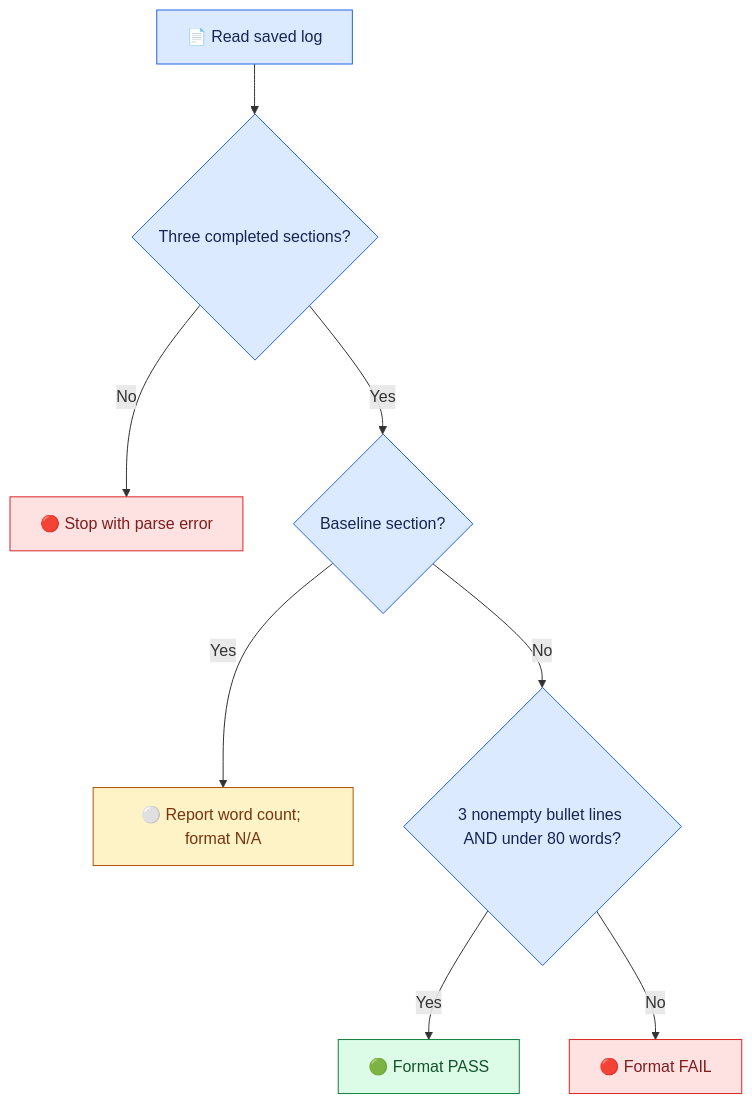
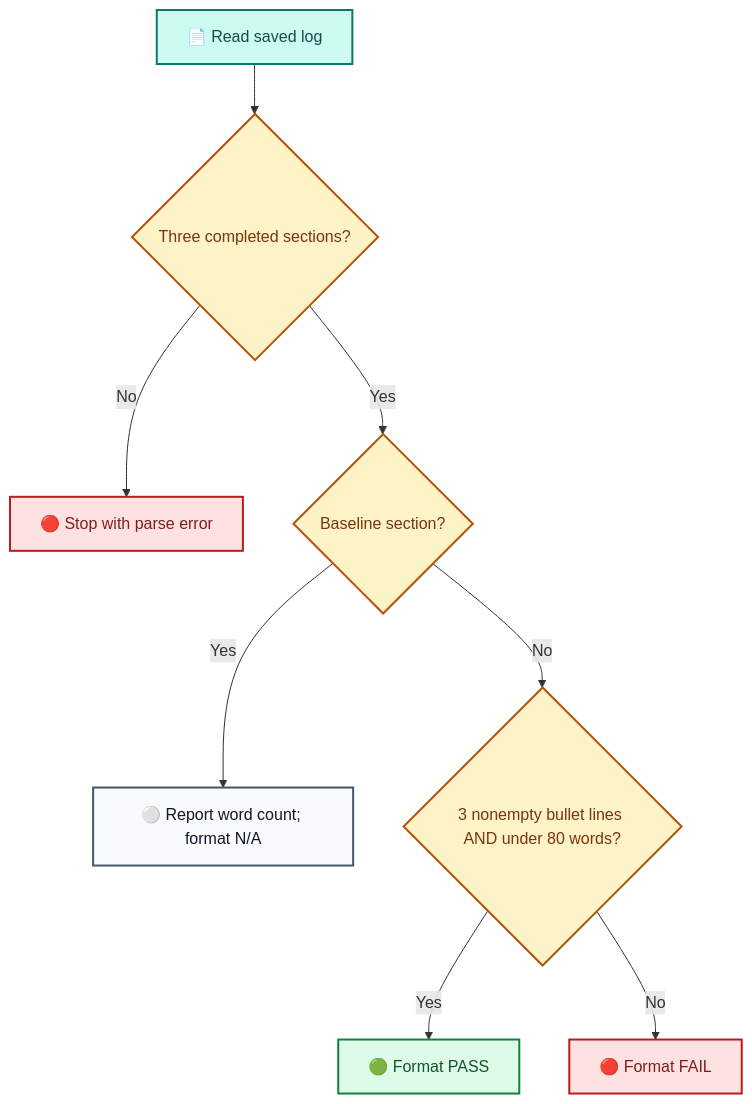
One commit to anne500/prompt-context-engineering-agent changed the second of 3 diagrams in docs/VISUAL_GUIDE.md. Above: the diagram before and after it, drawn with Mermaid. The commit also changed other lines of this file, not shown here.

Commit message:
Apply shared architecture colors and visual conventions

````diff
--- a/docs/VISUAL_GUIDE.md
+++ b/docs/VISUAL_GUIDE.md
@@ -73,18 +80,25 @@
 ```mermaid
 flowchart TD
     L["📄 Read saved log"] --> P{"Three completed sections?"}
     P -->|No| E["🔴 Stop with parse error"]
     P -->|Yes| B{"Baseline section?"}
     B -->|Yes| N["⚪ Report word count; format N/A"]
     B -->|No| C{"3 nonempty bullet lines AND under 80 words?"}
     C -->|Yes| Y["🟢 Format PASS"]
     C -->|No| F["🔴 Format FAIL"]
-    classDef blue fill:#DBEAFE,stroke:#2563EB,color:#172554
-    classDef green fill:#DCFCE7,stroke:#15803D,color:#14532D
-    classDef red fill:#FEE2E2,stroke:#DC2626,color:#7F1D1D
-    classDef amber fill:#FEF3C7,stroke:#B45309,color:#78350F
-    class L,P,B,C blue
-    class Y green
-    class E,F red
-    class N amber
+
+    %% Shared architecture palette: see VISUAL_STYLE.md
+    classDef default fill:#F8FAFC,stroke:#475569,color:#0F172A,stroke-width:2px;
+    classDef process fill:#DBEAFE,stroke:#2563EB,color:#172554,stroke-width:2px;
+    classDef model fill:#EDE9FE,stroke:#7C3AED,color:#3B0764,stroke-width:2px;
+    classDef store fill:#CCFBF1,stroke:#0F766E,color:#134E4A,stroke-width:2px;
+    classDef decision fill:#FEF3C7,stroke:#B45309,color:#78350F,stroke-width:2px;
+    classDef human fill:#FFEDD5,stroke:#C2410C,color:#7C2D12,stroke-width:2px;
+    classDef output fill:#DCFCE7,stroke:#15803D,color:#14532D,stroke-width:2px;
+    classDef failure fill:#FEE2E2,stroke:#B91C1C,color:#7F1D1D,stroke-width:2px;
+    class N default;
+    class L store;
+    class P,B,C decision;
+    class Y output;
+    class E,F failure;
 ```
````
